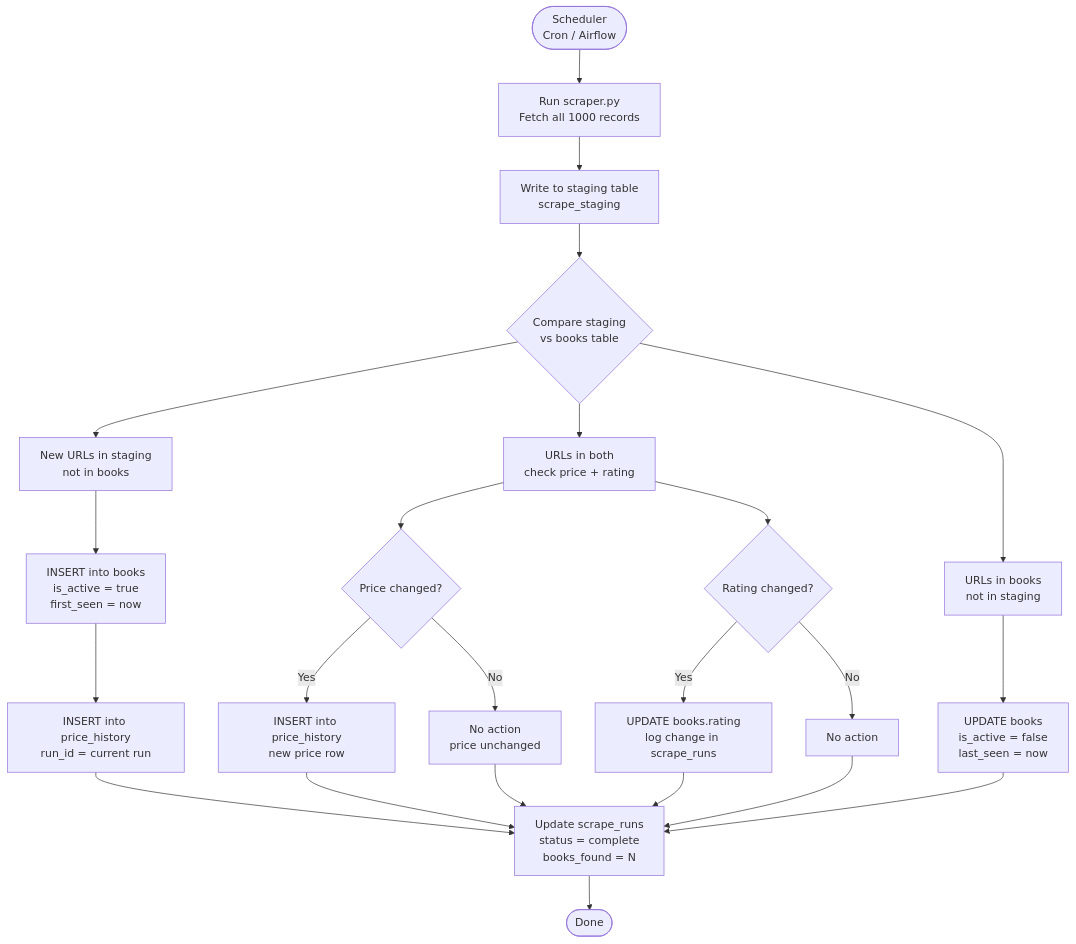
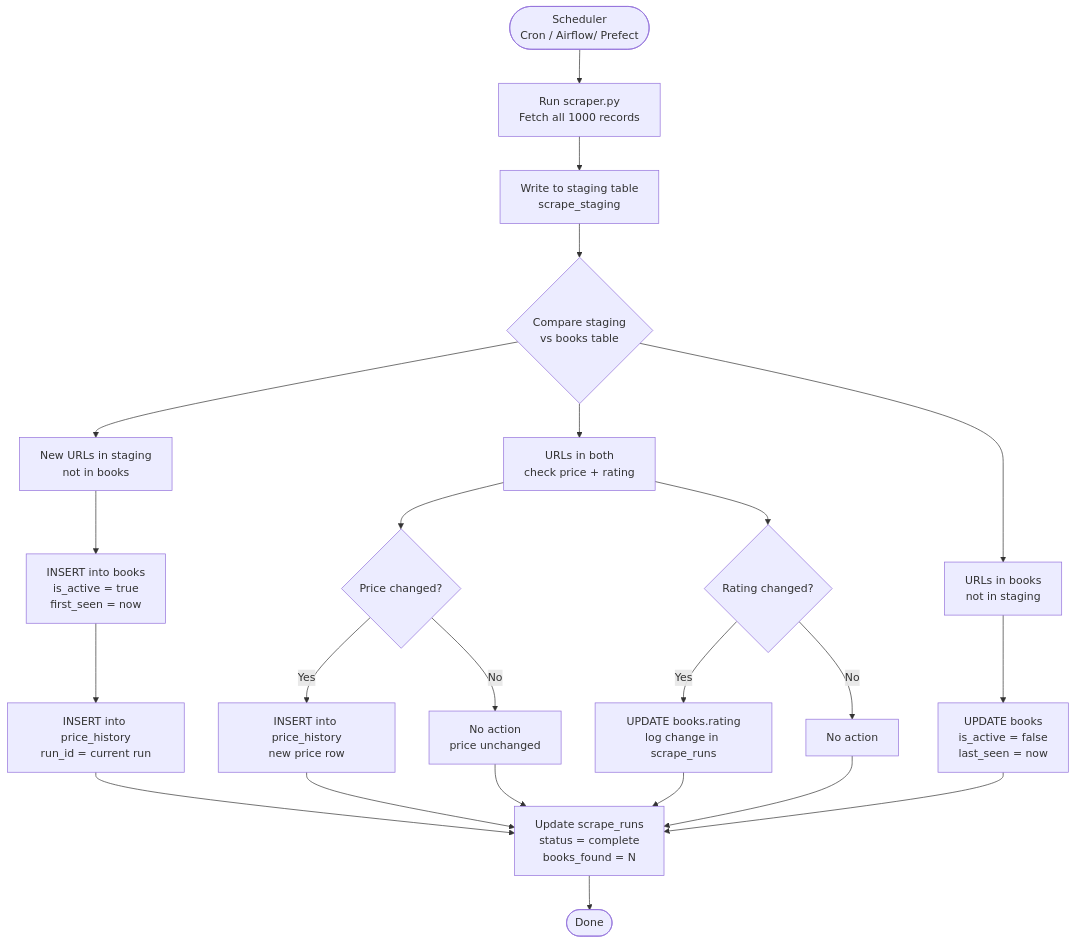
Before and after one commit to dhakalmahima188/Scrapping-Assignment: the second of 2 diagrams in readme.md, drawn with Mermaid. The commit also changed other lines of this file and 3 other files, not shown here.

Commit message:
added ERD and Change detection flow

````diff
--- a/readme.md
+++ b/readme.md
@@ -103,28 +102,28 @@
 ```mermaid
 flowchart TD
-    A([Scheduler\nCron / Airflow]) --> B[Run scraper.py\nFetch all 1000 records]
+    A([Scheduler\nCron / Airflow/ Prefect]) --> B[Run scraper.py\nFetch all 1000 records]
     B --> C[Write to staging table\nscrape_staging]
 
     C --> D{Compare staging\nvs books table}
 
     D --> E[New URLs in staging\nnot in books]
     D --> F[URLs in both\ncheck price + rating]
     D --> G[URLs in books\nnot in staging]
 
     E --> E1[INSERT into books\nis_active = true\nfirst_seen = now]
     E1 --> E2[INSERT into price_history\nrun_id = current run]
 
     F --> F1{Price changed?}
     F1 -->|Yes| F2[INSERT into price_history\nnew price row]
     F1 -->|No| F3[No action\nprice unchanged]
 
     F --> F4{Rating changed?}
     F4 -->|Yes| F5[UPDATE books.rating\nlog change in scrape_runs]
     F4 -->|No| F6[No action]
 
     G --> G1[UPDATE books\nis_active = false\nlast_seen = now]
 
     E2 & F2 & F3 & F5 & F6 & G1 --> H[Update scrape_runs\nstatus = complete\nbooks_found = N]
 
     H --> I([Done])
 ```
````
